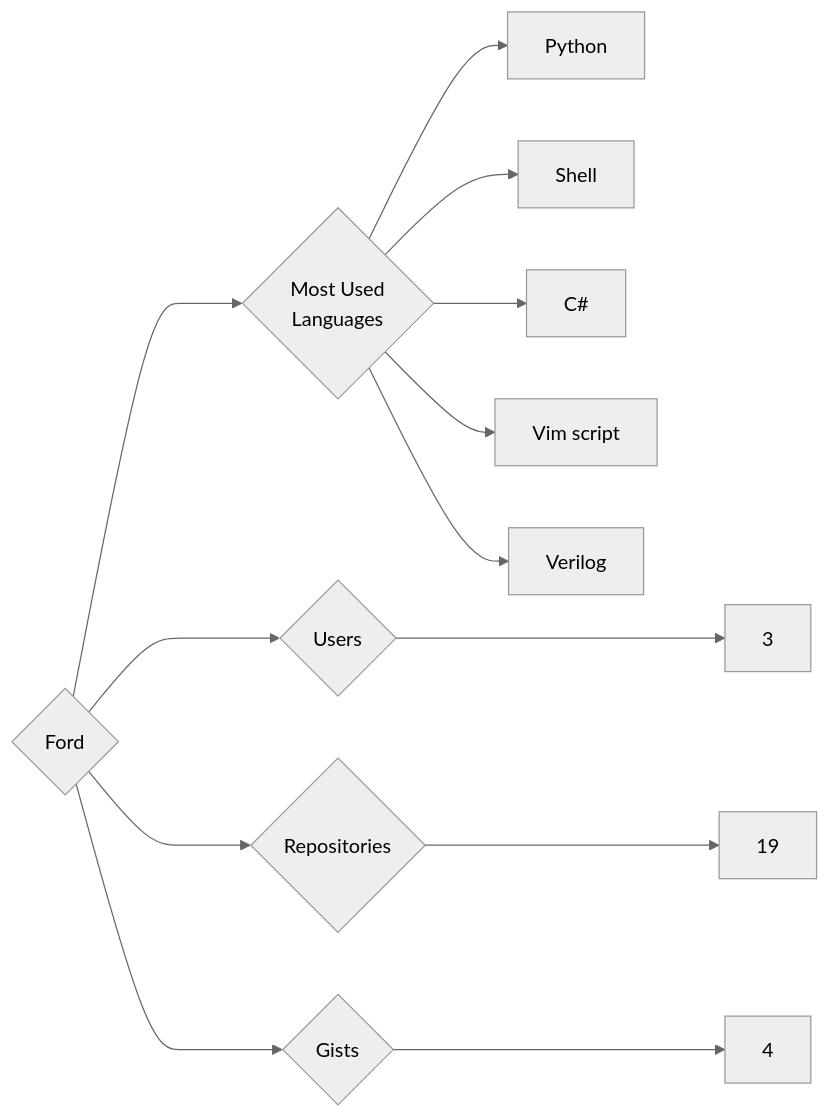
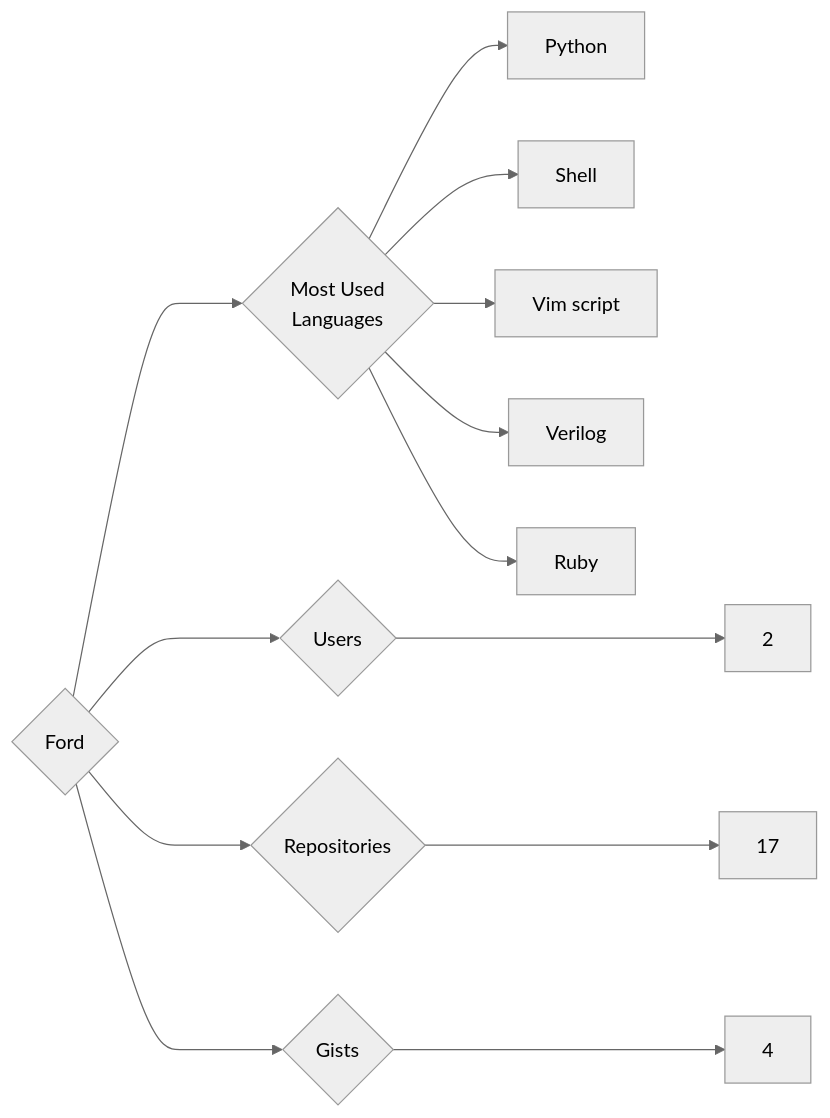
Before and after one commit to trickest/insiders: the diagram in targets/Ford/README.md, drawn with Mermaid (neutral theme). The commit also changed 870 other files, not shown here.

````diff
--- a/targets/Ford/README.md
+++ b/targets/Ford/README.md
@@ -3,13 +3,13 @@
 ```mermaid
 graph LR
 COMPANY_NAME{Ford}
-COMPANY_NAME ---> U{Users} ---> UN[3]
-COMPANY_NAME ---> R{Repositories} ---> RN[19]
+COMPANY_NAME ---> U{Users} ---> UN[2]
+COMPANY_NAME ---> R{Repositories} ---> RN[17]
 COMPANY_NAME ---> G{Gists} ---> GN[4]
 COMPANY_NAME ---> ML{Most Used<br>Languages}
 ML --> Python[Python]
 ML --> Shell[Shell]
-ML --> C#[C#]
 ML --> Vim_script[Vim script]
 ML --> Verilog[Verilog]
+ML --> Ruby[Ruby]
 ```
````
